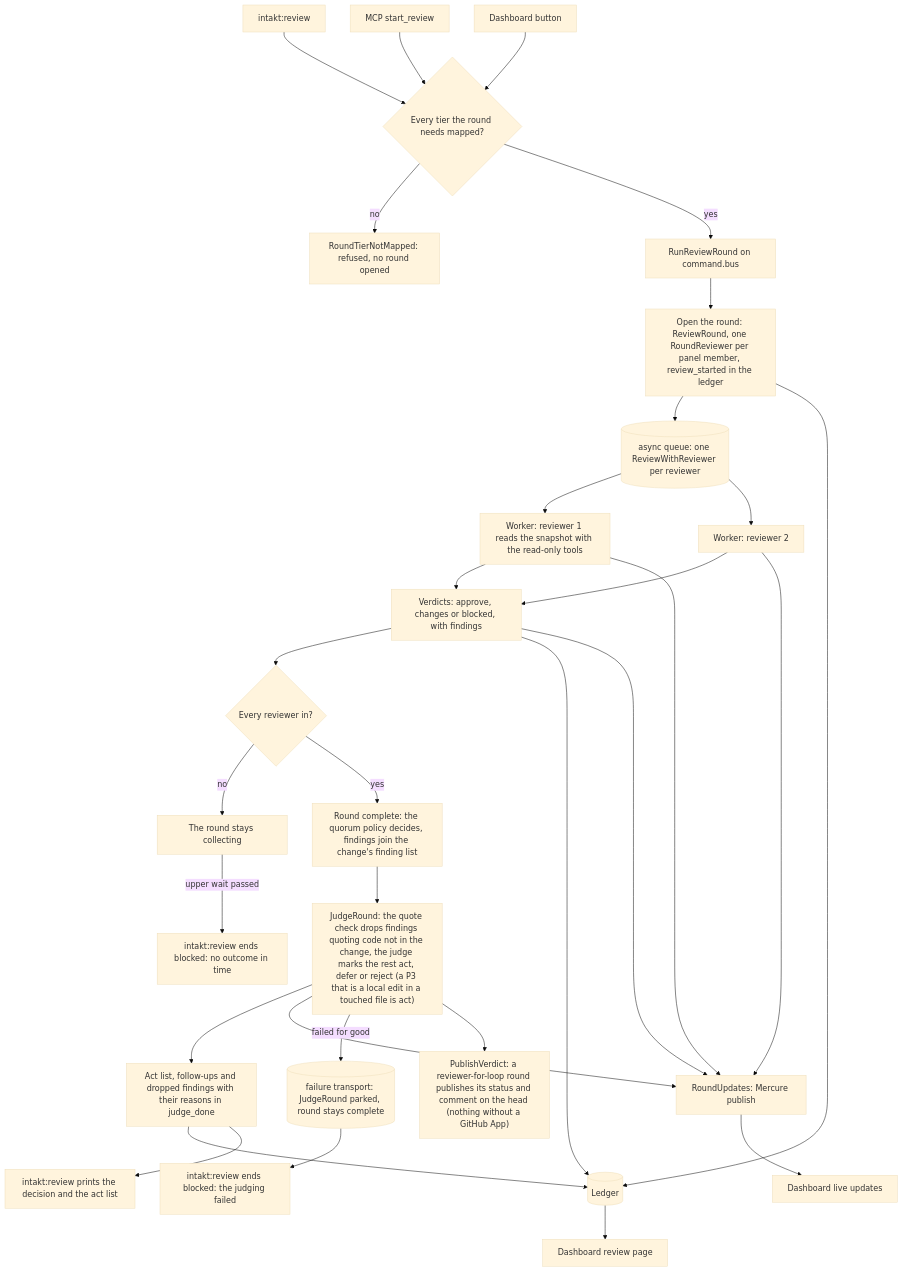
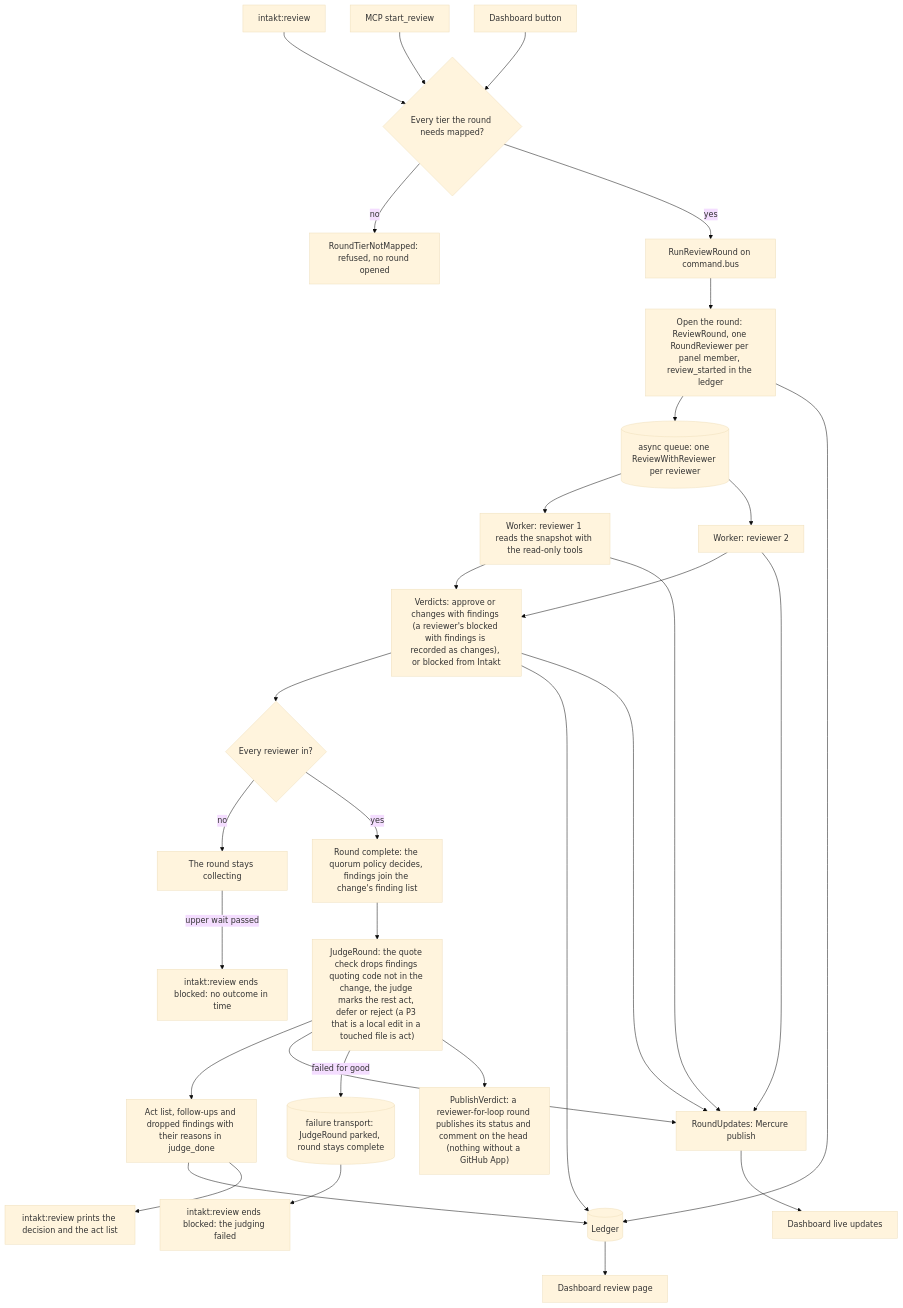
Before and after one commit to shinyredapples/intakt: the diagram in docs/architecture/review-flow.md, drawn with Mermaid (base theme). The commit also changed 7 other files, not shown here.

Commit message:
docs(review): describe a reviewer's blocked answer with findings recorded as changes

````diff
--- a/docs/architecture/review-flow.md
+++ b/docs/architecture/review-flow.md
@@ -5,32 +5,32 @@
 ```mermaid
 flowchart TD
     cli["intakt:review"] --> start
     mcp["MCP start_review"] --> start
     btn["Dashboard button"] --> start
     start{"Every tier the round needs mapped?"} -->|no| refused["RoundTierNotMapped: refused, no round opened"]
     start -->|yes| run["RunReviewRound on command.bus"] --> open["Open the round: ReviewRound, one RoundReviewer per panel member, review_started in the ledger"]
     open --> queue[("async queue: one ReviewWithReviewer per reviewer")]
     queue --> w1["Worker: reviewer 1 reads the snapshot with the read-only tools"]
     queue --> w2["Worker: reviewer 2"]
-    w1 --> verdicts["Verdicts: approve, changes or blocked, with findings"]
+    w1 --> verdicts["Verdicts: approve or changes with findings (a reviewer's blocked with findings is recorded as changes), or blocked from Intakt"]
     w2 --> verdicts
     verdicts --> complete{"Every reviewer in?"}
     complete -->|no| wait["The round stays collecting"]
     complete -->|yes| quorum["Round complete: the quorum policy decides, findings join the change's finding list"]
     quorum --> judge["JudgeRound: the quote check drops findings quoting code not in the change, the judge marks the rest act, defer or reject (a P3 that is a local edit in a touched file is act)"]
     judge --> act["Act list, follow-ups and dropped findings with their reasons in judge_done"]
     act --> ledger[("Ledger")]
     open --> ledger
     verdicts --> ledger
     ledger --> dash["Dashboard review page"]
     w1 --> updates["RoundUpdates: Mercure publish"]
     w2 --> updates
     verdicts --> updates
     judge --> updates
     updates --> live["Dashboard live updates"]
     act --> out["intakt:review prints the decision and the act list"]
     judge -->|failed for good| failed[("failure transport: JudgeRound parked, round stays complete")]
     failed --> outFailed["intakt:review ends blocked: the judging failed"]
     wait -->|upper wait passed| outLate["intakt:review ends blocked: no outcome in time"]
     judge --> publish["PublishVerdict: a reviewer-for-loop round publishes its status and comment on the head (nothing without a GitHub App)"]
 ```
````
